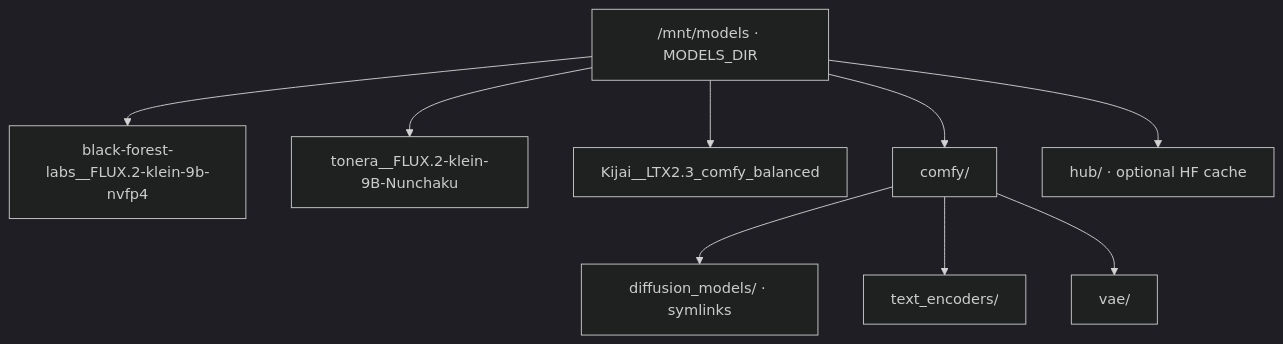
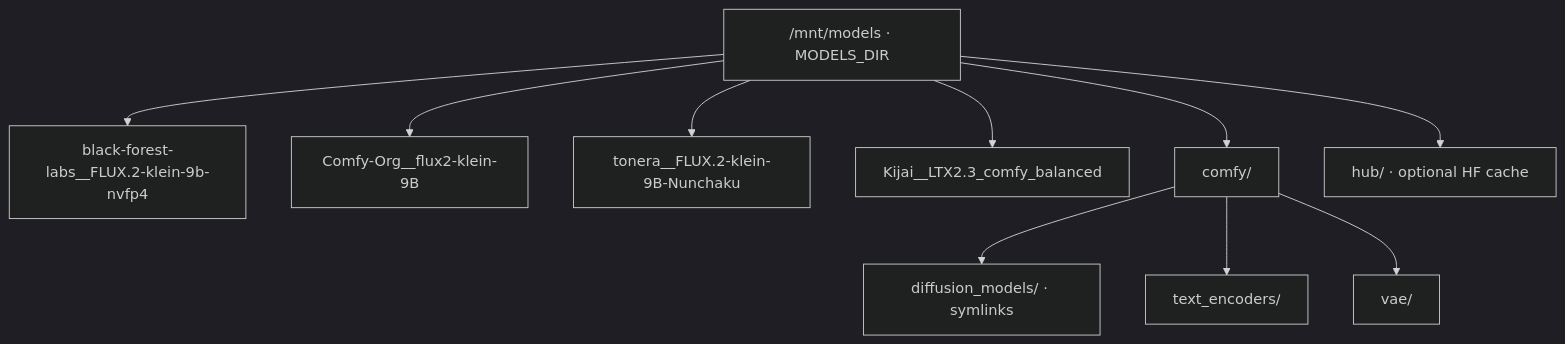
The first of 4 diagrams in docs/models-and-cache.md (toxicoder/ez-comfy-stack), drawn with Mermaid (dark theme) before and after one commit. The commit also changed other lines of this file and 14 other files, not shown here.

````diff
--- a/docs/models-and-cache.md
+++ b/docs/models-and-cache.md
@@ -69,12 +70,13 @@
 ```mermaid
 flowchart TB
   Root["/mnt/models · MODELS_DIR"]
   Root --> Flux1["black-forest-labs__FLUX.2-klein-9b-nvfp4"]
+  Root --> Comp["Comfy-Org__flux2-klein-9B"]
   Root --> Flux2["tonera__FLUX.2-klein-9B-Nunchaku"]
   Root --> Ltx["Kijai__LTX2.3_comfy_balanced"]
   Root --> Comfy["comfy/"]
   Root --> Hub["hub/ · optional HF cache"]
   Comfy --> DM["diffusion_models/ · symlinks"]
   Comfy --> TE["text_encoders/"]
   Comfy --> VAE["vae/"]
 ```
````
